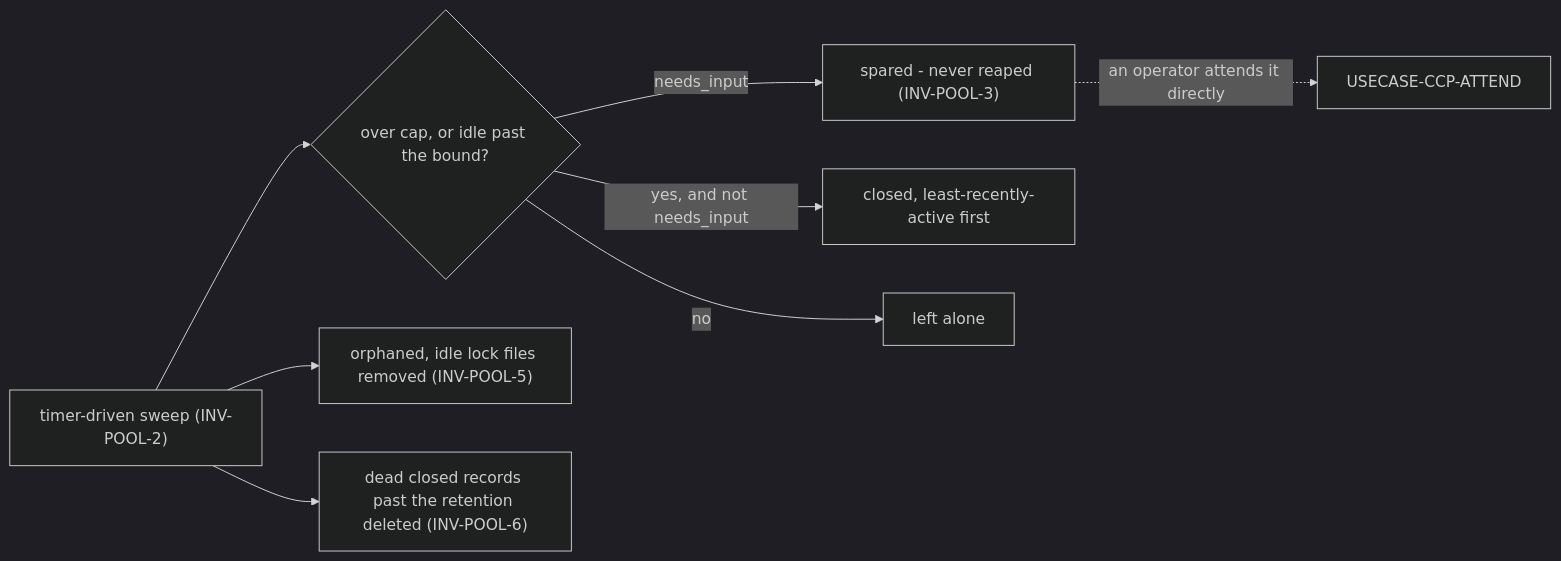
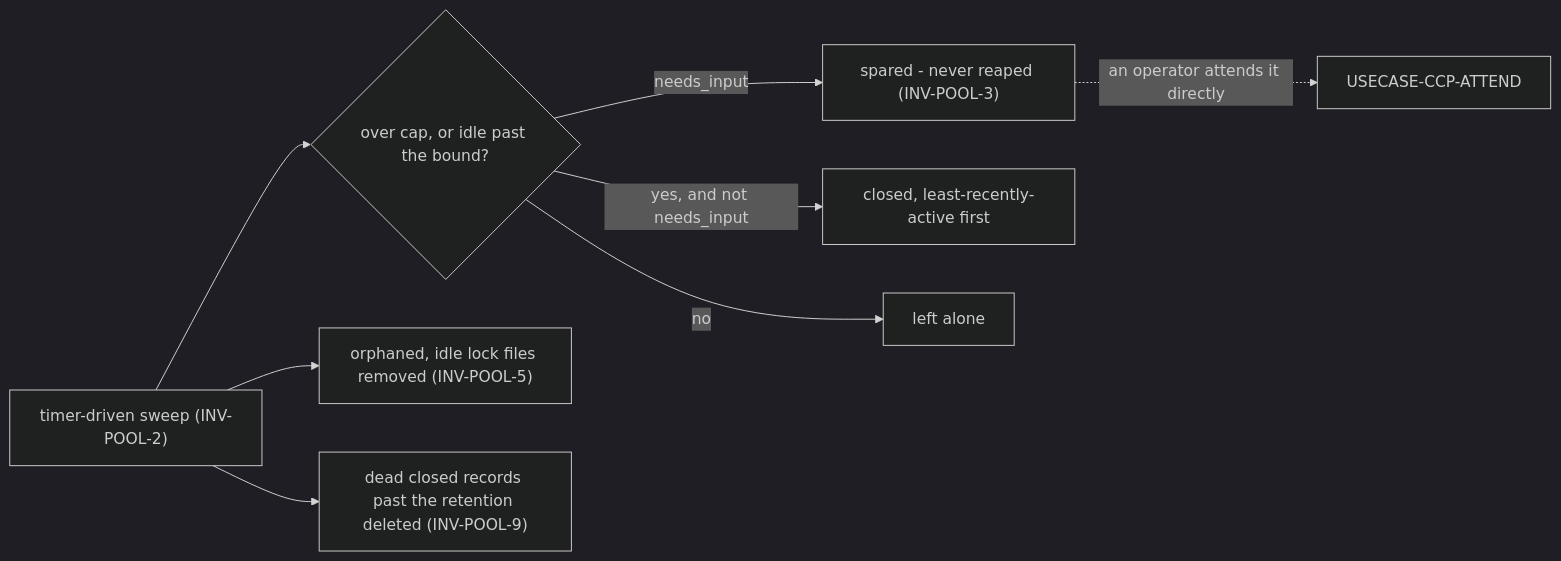
Before and after one commit to phillipgreenii/nix-agent-support: the third of 3 diagrams in packages/ccpool/docs/behavior/journeys.md, drawn with Mermaid (dark theme). The commit also changed other lines of this file and 2 other files, not shown here.

Commit message:
docs(ccpool): renumber retention and status-metric invariants to INV-POOL-9 and INV-POOL-10
The new retention and status-metric invariants reused INV-POOL-6 and
INV-POOL-7, duplicating the executable-opacity and markers invariants.
Renumber them and update their references in the README gap table and the
maintenance journey.

````diff
--- a/packages/ccpool/docs/behavior/journeys.md
+++ b/packages/ccpool/docs/behavior/journeys.md
@@ -212,10 +212,10 @@
 ```mermaid
 flowchart LR
     T["timer-driven sweep (INV-POOL-2)"] --> C{"over cap, or idle past the bound?"}
     C -->|"needs_input"| SPARE["spared - never reaped (INV-POOL-3)"]
     C -->|"yes, and not needs_input"| CLOSE["closed, least-recently-active first"]
     C -->|"no"| LEAVE["left alone"]
     T --> L["orphaned, idle lock files removed (INV-POOL-5)"]
-    T --> D["dead closed records past the retention deleted (INV-POOL-6)"]
+    T --> D["dead closed records past the retention deleted (INV-POOL-9)"]
     SPARE -.->|"an operator attends it directly"| ATTEND["USECASE-CCP-ATTEND"]
 ```
````
